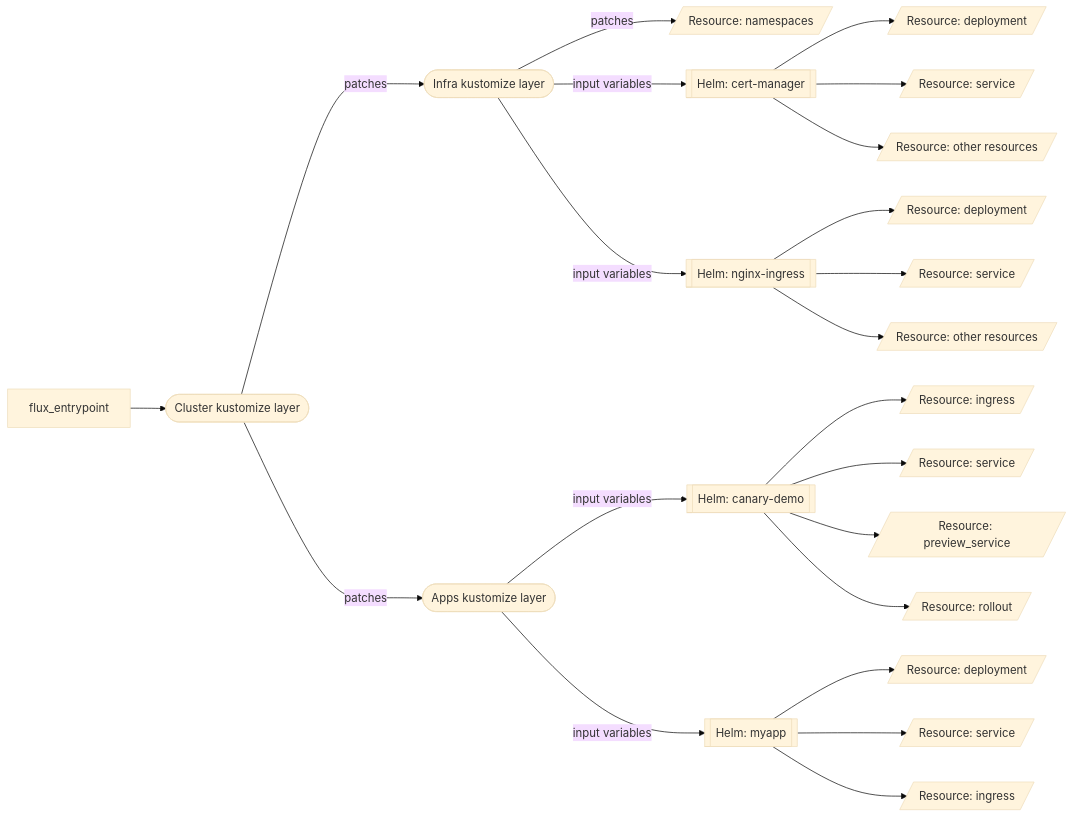
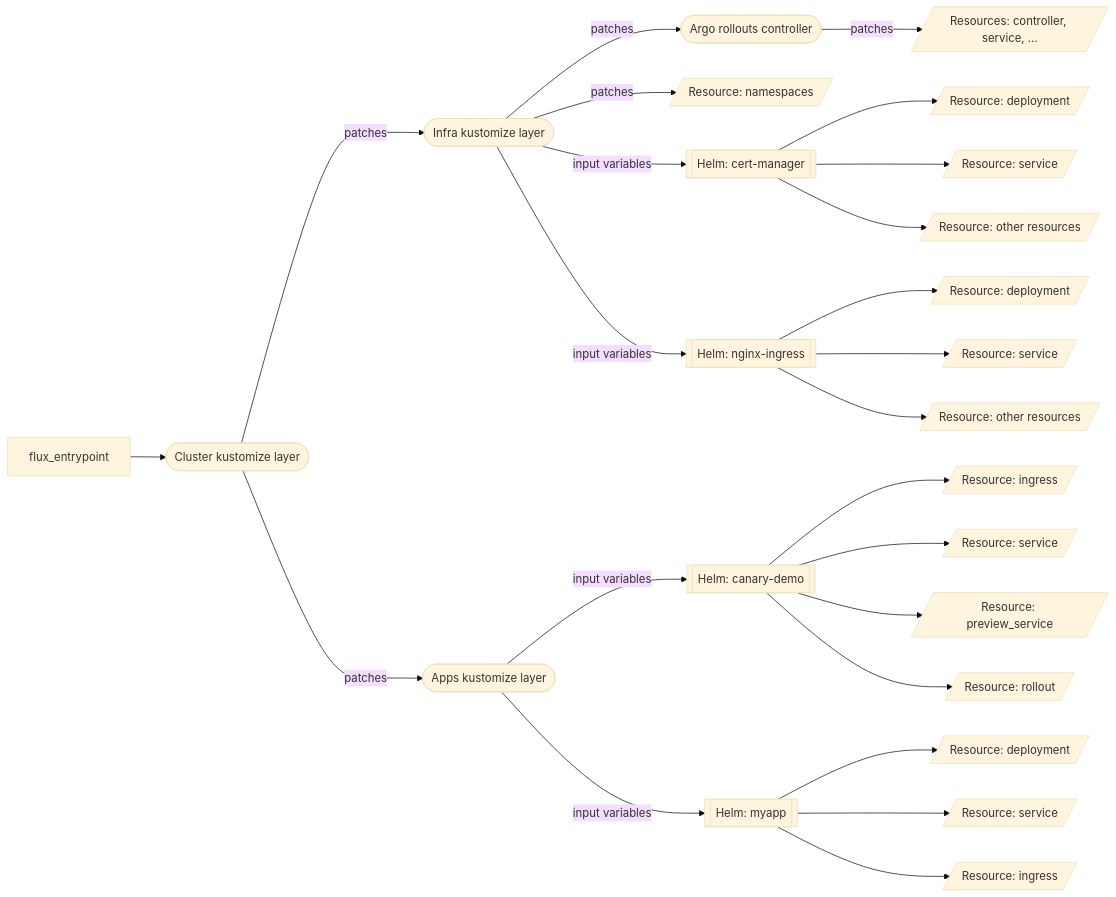
Before and after one commit to tkubica12/azure-workshops: the diagram in d-aks/README.md, drawn with Mermaid (base theme). The commit also changed 2 other files, not shown here.

Commit message:
rollouts

````diff
--- a/d-aks/README.md
+++ b/d-aks/README.md
@@ -10,28 +10,30 @@
 ```mermaid
 graph LR;
 flux_entrypoint --> cluster_layer([Cluster kustomize layer])
 cluster_layer -- patches ---> base_layer_infra([Infra kustomize layer])
 cluster_layer -- patches ---> base_layer_apps([Apps kustomize layer])
+base_layer_infra -- patches --> argo_rollouts([Argo rollouts controller])
+argo_rollouts -- patches --> argo_rollouts_resources[/Resources: controller, service, .../]
 base_layer_infra -- patches --> namespaces[/Resource: namespaces/]
 base_layer_infra -- input variables --> cert_manager[[Helm: cert-manager]]
 base_layer_infra -- input variables --> nginx_ingress[[Helm: nginx-ingress]]
 base_layer_apps -- input variables --> canary_demo[[Helm: canary-demo]]
 base_layer_apps -- input variables --> myapp[[Helm: myapp]]
 
 myapp --> deployment_myapp[/Resource: deployment/]
 myapp --> service_myapp[/Resource: service/]
 myapp --> ingress_myapp[/Resource: ingress/]
 
 canary_demo --> ingress_canary_demo[/Resource: ingress/]
 canary_demo --> service_canary_demo[/Resource: service/]
 canary_demo --> preview_service_canary_demo[/Resource: preview_service/]
 canary_demo --> rollout_canary_demo[/Resource: rollout/]
 
 nginx_ingress --> deployment_nginx_ingress[/Resource: deployment/]
 nginx_ingress --> service_nginx_ingress[/Resource: service/]
 nginx_ingress --> other_nginx_ingress[/Resource: other resources/]
 
 cert_manager --> deployment_cert_manager[/Resource: deployment/]
 cert_manager --> service_cert_manager[/Resource: service/]
 cert_manager --> other_cert_manager[/Resource: other resources/]
 ```
````
